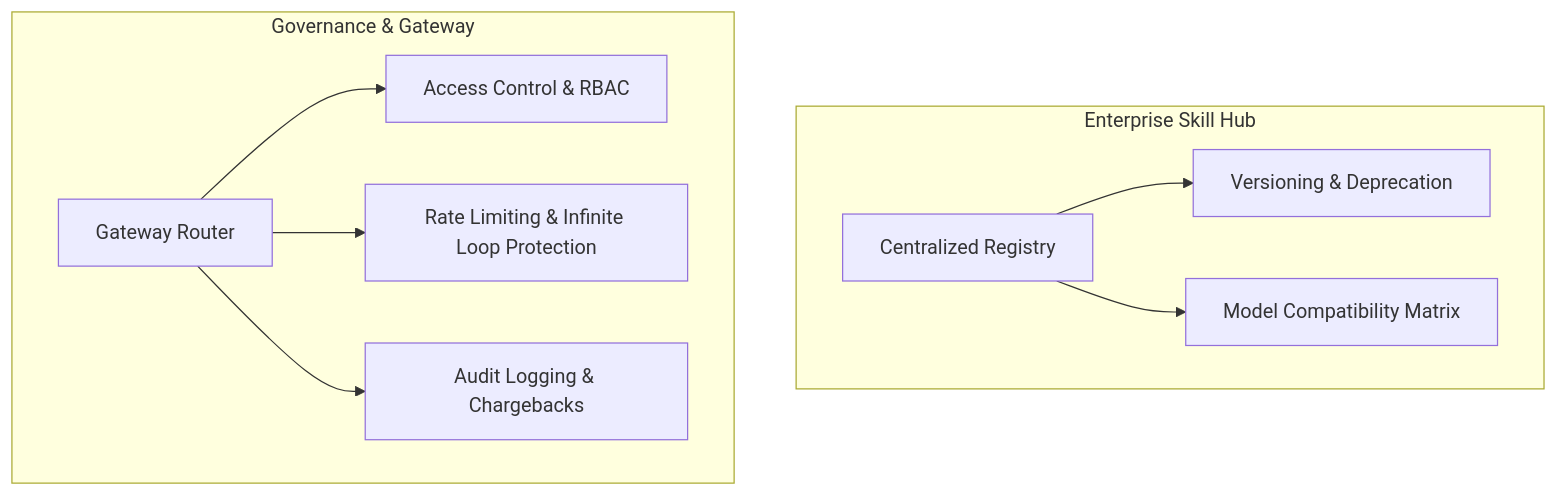
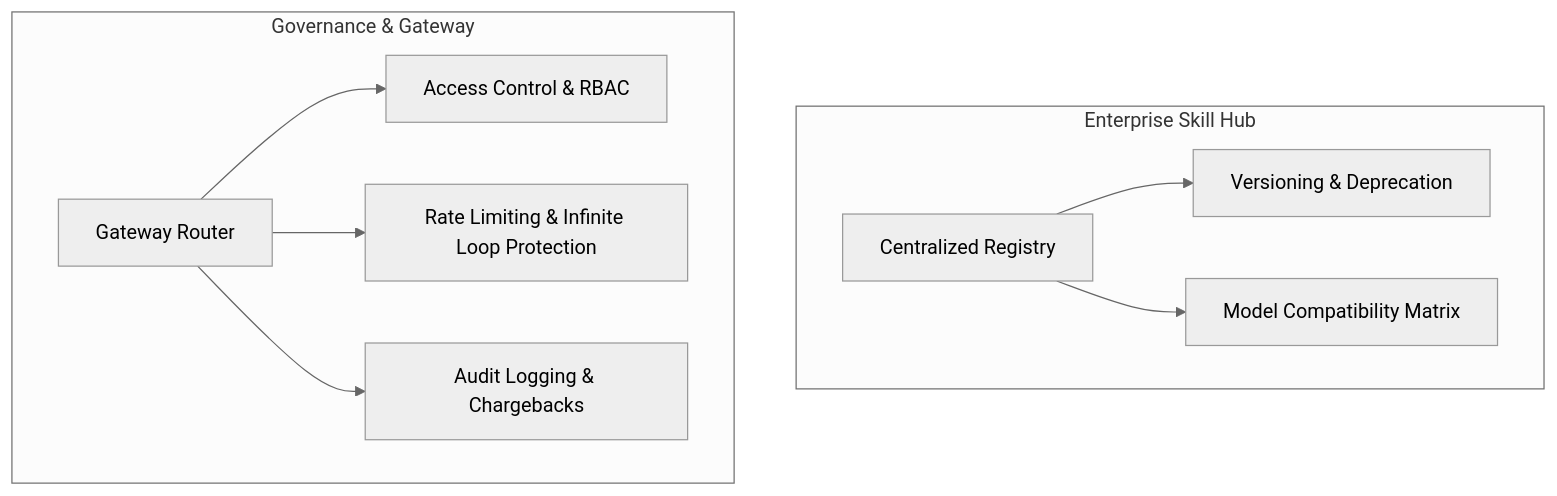
The sixth of 7 diagrams in docs/AI/Skills/skill.md (imagarg01/LearningStuff), drawn with Mermaid before and after one commit. The commit also changed other lines of this file and 2 other files, not shown here.

````diff
--- a/docs/AI/Skills/skill.md
+++ b/docs/AI/Skills/skill.md
@@ -162,13 +266,14 @@
 ```mermaid
+%%{init: {"theme": "neutral"}}%%
 graph TD
     subgraph Enterprise Skill Hub
         A[Centralized Registry] --> B[Versioning & Deprecation]
         A --> C[Model Compatibility Matrix]
     end
     
     subgraph Governance & Gateway
         D[Gateway Router] --> E[Access Control & RBAC]
         D --> F[Rate Limiting & Infinite Loop Protection]
         D --> G[Audit Logging & Chargebacks]
     end
 ```
````
